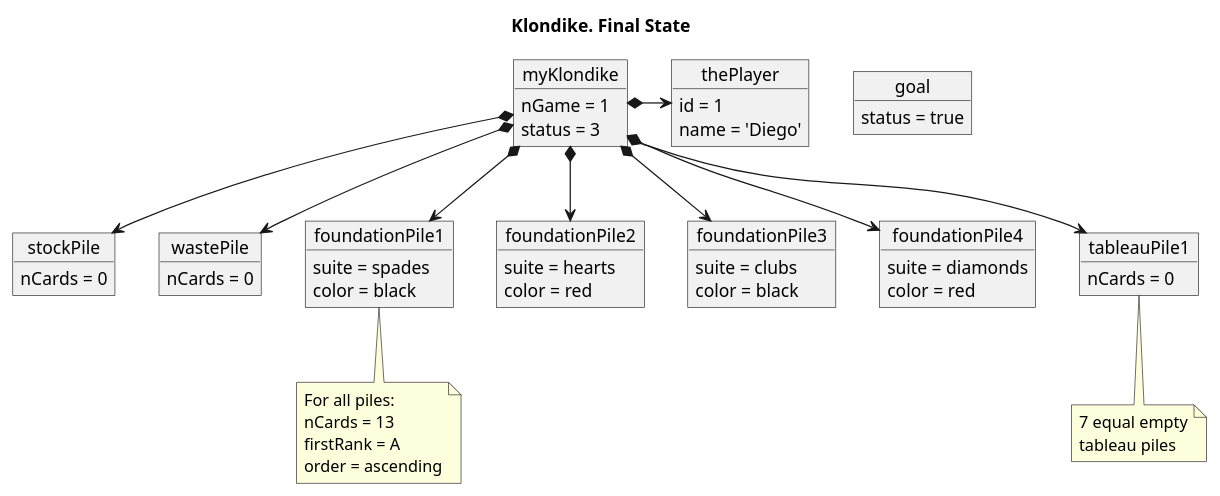
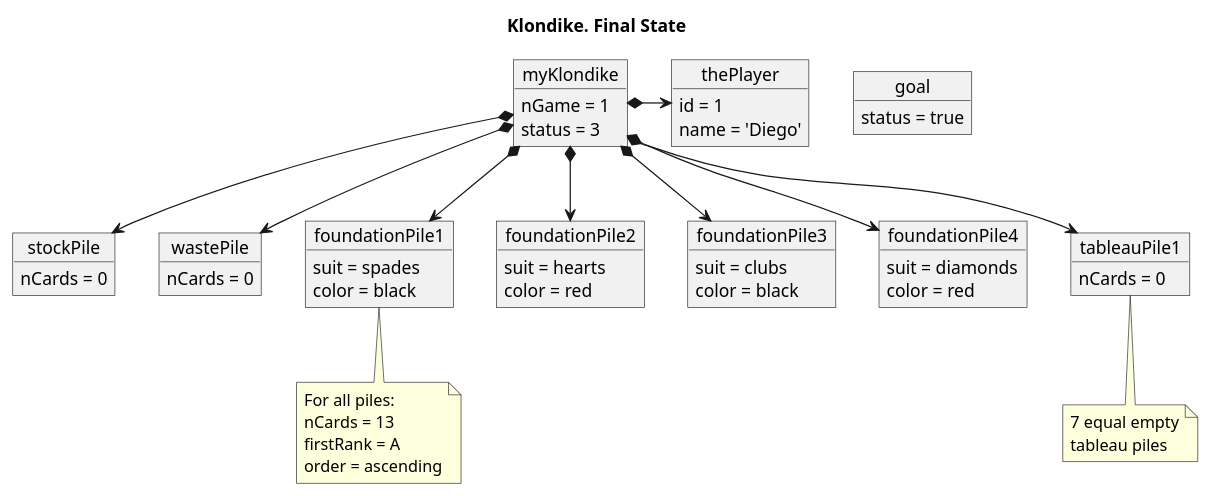
Before and after one commit to USantaTecla-ed-mpds/lab-boole: the diagram in tech-plantuml/game-klondike/semanaActual/docs/klondike--final-state.puml, drawn with PlantUML. The commit also changed 1 other file, not shown here.

Commit message:
Klondike: Fix 'suit' prop name

```diff
--- a/tech-plantuml/game-klondike/semanaActual/docs/klondike--final-state.puml
+++ b/tech-plantuml/game-klondike/semanaActual/docs/klondike--final-state.puml
@@ -1,74 +1,74 @@
 @startuml klondike--final-state
 
 title Klondike. Final State
 
 object myKlondike {
     nGame = 1
     status = 3
 }
 
 object goal {
     status = true
 }
 
 object thePlayer {
     id = 1
     name = 'Diego'
 }
 object stockPile
 
 object stockPile {
     nCards = 0
 }
 object wastePile {
     nCards = 0
 }
 
 object foundationPile1 {
-    suite = spades
+    suit = spades
     color = black
 }
 
 note bottom of foundationPile1
     For all piles:
     nCards = 13
     firstRank = A
     order = ascending
 end note
 
 object foundationPile2 {
-    suite = hearts
+    suit = hearts
     color = red
 }
 object foundationPile3 {
-    suite = clubs
+    suit = clubs
     color = black
 }
 object foundationPile4 {
-    suite = diamonds
+    suit = diamonds
     color = red
 }
 
 object tableauPile1 {
     nCards = 0
 }
 note bottom of tableauPile1
     7 equal empty
     tableau piles
 end note
 
 
 
 myKlondike *-> thePlayer
 myKlondike *--> tableauPile1
 myKlondike *--> stockPile
 myKlondike *--> wastePile
 
 myKlondike *--> foundationPile1
 myKlondike *--> foundationPile2
 myKlondike *--> foundationPile3
 myKlondike *--> foundationPile4
 
 
 
 @enduml
```
